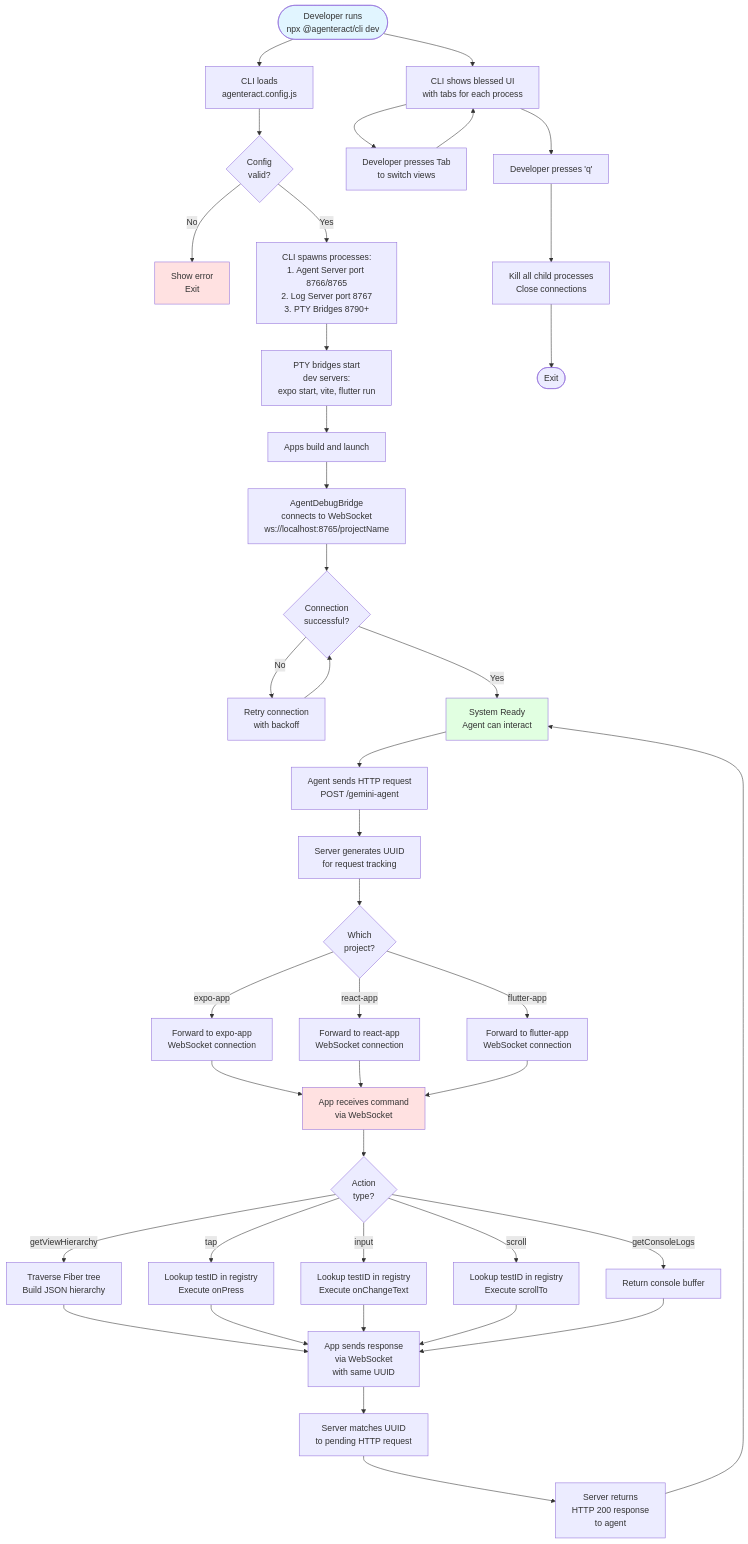
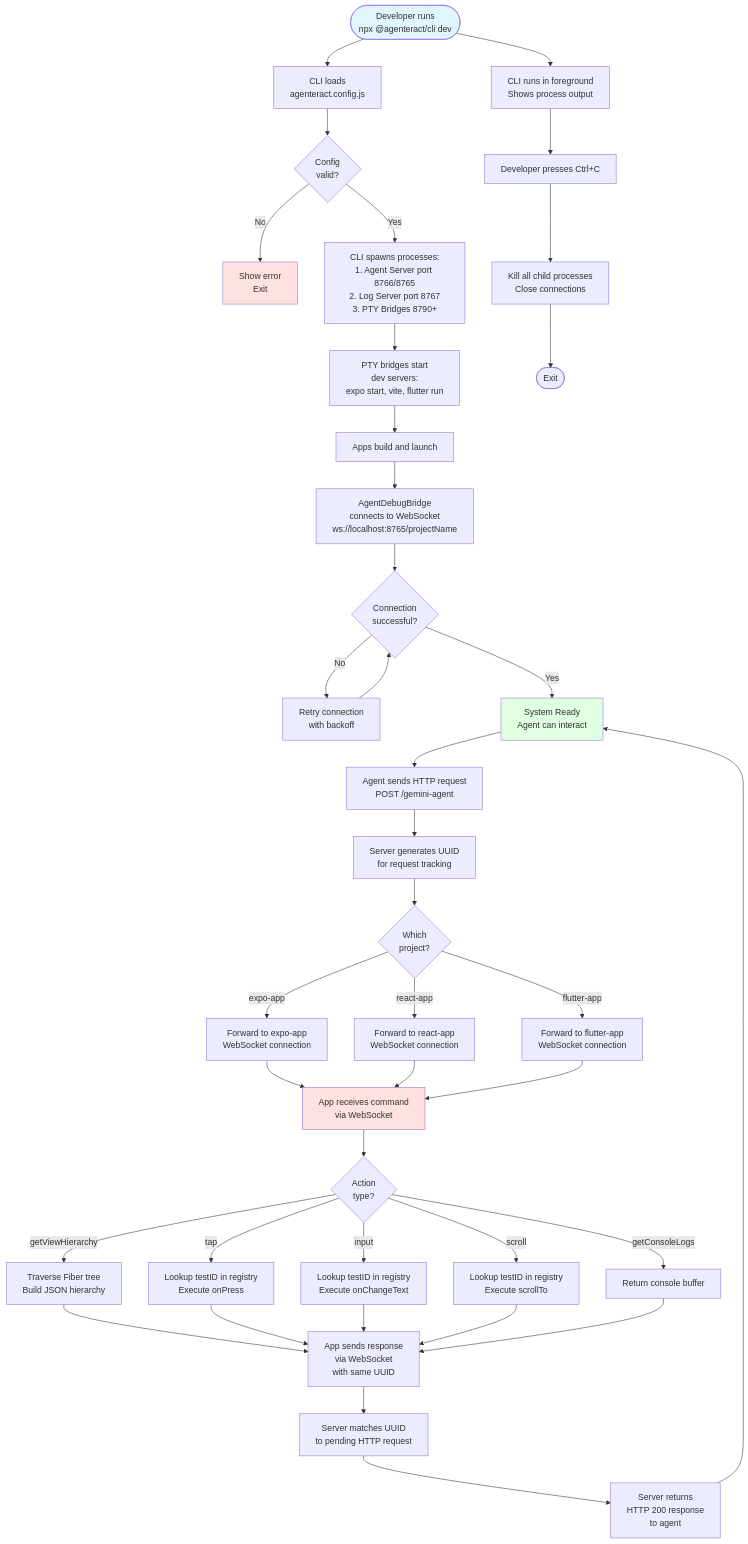
Before and after one commit to agenteract/agenteract: the eighth of 8 diagrams in docs/ARCHITECTURE.md, drawn with Mermaid. The commit also changed other lines of this file, not shown here.

First line of the commit message:
docs: fix technology stack inaccuracies in architecture documentation

````diff
--- a/docs/ARCHITECTURE.md
+++ b/docs/ARCHITECTURE.md
@@ -723,75 +703,72 @@
 ```mermaid
 flowchart TD
     START([Developer runs<br/>npx @agenteract/cli dev])
 
     START --> LOAD[CLI loads<br/>agenteract.config.js]
     LOAD --> VALIDATE{Config<br/>valid?}
 
     VALIDATE -->|No| ERROR1[Show error<br/>Exit]
     VALIDATE -->|Yes| SPAWN[CLI spawns processes:<br/>1. Agent Server port 8766/8765<br/>2. Log Server port 8767<br/>3. PTY Bridges 8790+]
 
     SPAWN --> START_DEV[PTY bridges start<br/>dev servers:<br/>expo start, vite, flutter run]
 
     START_DEV --> APPS_BUILD[Apps build and launch]
 
     APPS_BUILD --> BRIDGE_CONNECT[AgentDebugBridge<br/>connects to WebSocket<br/>ws://localhost:8765/projectName]
 
     BRIDGE_CONNECT --> CONNECTED{Connection<br/>successful?}
 
     CONNECTED -->|No| RETRY[Retry connection<br/>with backoff]
     RETRY --> CONNECTED
 
     CONNECTED -->|Yes| READY[System Ready<br/>Agent can interact]
 
     READY --> AGENT_REQ[Agent sends HTTP request<br/>POST /gemini-agent]
 
     AGENT_REQ --> SERVER_GEN_ID[Server generates UUID<br/>for request tracking]
 
     SERVER_GEN_ID --> ROUTE{Which<br/>project?}
 
     ROUTE -->|expo-app| WS1[Forward to expo-app<br/>WebSocket connection]
     ROUTE -->|react-app| WS2[Forward to react-app<br/>WebSocket connection]
     ROUTE -->|flutter-app| WS3[Forward to flutter-app<br/>WebSocket connection]
 
     WS1 --> EXEC
     WS2 --> EXEC
     WS3 --> EXEC
 
     EXEC[App receives command<br/>via WebSocket]
 
     EXEC --> ACTION{Action<br/>type?}
 
     ACTION -->|getViewHierarchy| HIERARCHY[Traverse Fiber tree<br/>Build JSON hierarchy]
     ACTION -->|tap| TAP_EXEC[Lookup testID in registry<br/>Execute onPress]
     ACTION -->|input| INPUT_EXEC[Lookup testID in registry<br/>Execute onChangeText]
     ACTION -->|scroll| SCROLL_EXEC[Lookup testID in registry<br/>Execute scrollTo]
     ACTION -->|getConsoleLogs| LOGS_EXEC[Return console buffer]
 
     HIERARCHY --> RESPOND
     TAP_EXEC --> RESPOND
     INPUT_EXEC --> RESPOND
     SCROLL_EXEC --> RESPOND
     LOGS_EXEC --> RESPOND
 
     RESPOND[App sends response<br/>via WebSocket<br/>with same UUID]
 
     RESPOND --> SERVER_MATCH[Server matches UUID<br/>to pending HTTP request]
 
     SERVER_MATCH --> RETURN[Server returns<br/>HTTP 200 response<br/>to agent]
 
     RETURN --> READY
 
-    START --> UI[CLI shows blessed UI<br/>with tabs for each process]
+    START --> RUNNING[CLI runs in foreground<br/>Shows process output]
 
-    UI --> SWITCH[Developer presses Tab<br/>to switch views]
-    SWITCH --> UI
-
-    UI --> QUIT[Developer presses 'q']
+    RUNNING --> QUIT[Developer presses Ctrl+C]
     QUIT --> CLEANUP[Kill all child processes<br/>Close connections]
     CLEANUP --> EXIT([Exit])
 
     style START fill:#e1f5ff
     style READY fill:#e1ffe1
     style EXEC fill:#ffe1e1
     style ERROR1 fill:#ffe1e1
 ```
````
